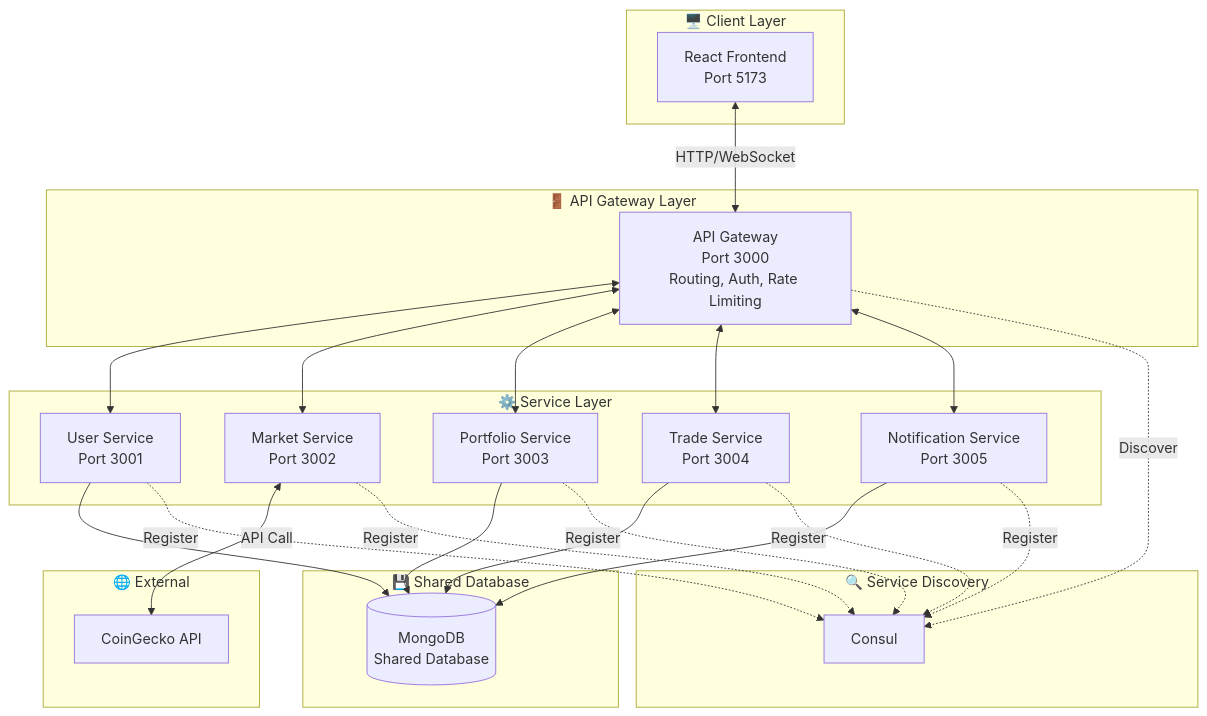
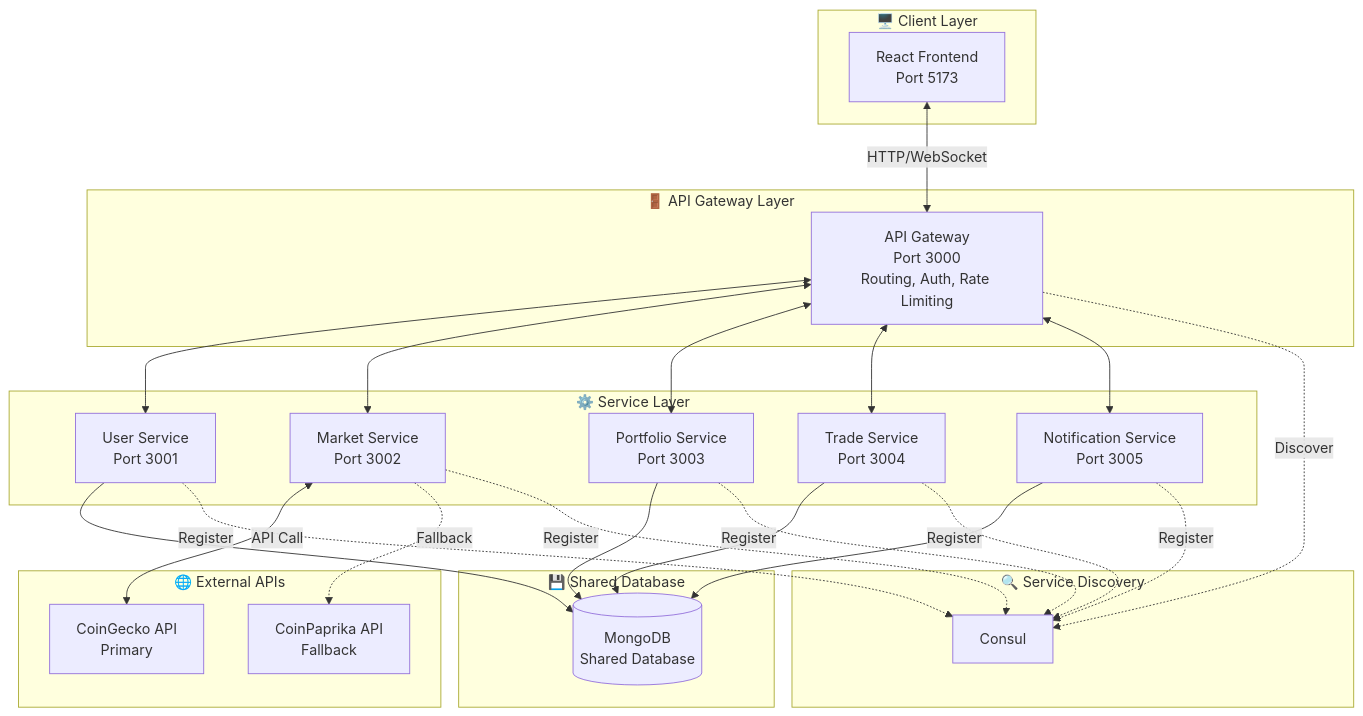
The second of 18 diagrams in BAO_CAO_KIEN_TRUC_HUONG_DICH_VU.md (doanthetin193/CryptoTradingSOA), drawn with Mermaid before and after one commit. The commit also changed other lines of this file and 5 other files, not shown here.

````diff
--- a/BAO_CAO_KIEN_TRUC_HUONG_DICH_VU.md
+++ b/BAO_CAO_KIEN_TRUC_HUONG_DICH_VU.md
@@ -213,51 +213,53 @@
 ```mermaid
 flowchart TB
     subgraph Client["🖥️ Client Layer"]
         FE[React Frontend<br/>Port 5173]
     end
 
     subgraph Gateway["🚪 API Gateway Layer"]
         GW[API Gateway<br/>Port 3000<br/>Routing, Auth, Rate Limiting]
     end
 
     subgraph Services["⚙️ Service Layer"]
         US[User Service<br/>Port 3001]
         MS[Market Service<br/>Port 3002]
         PS[Portfolio Service<br/>Port 3003]
         TS[Trade Service<br/>Port 3004]
         NS[Notification Service<br/>Port 3005]
     end
 
-    subgraph External["🌐 External"]
-        CG[CoinGecko API]
+    subgraph External["🌐 External APIs"]
+        CG[CoinGecko API<br/>Primary]
+        CP[CoinPaprika API<br/>Fallback]
     end
 
     subgraph Data["💾 Shared Database"]
         DB[(MongoDB<br/>Shared Database)]
     end
 
     subgraph Discovery["🔍 Service Discovery"]
         CS[Consul]
     end
 
     FE <-->|HTTP/WebSocket| GW
     GW <--> US
     GW <--> MS
     GW <--> PS
     GW <--> TS
     GW <--> NS
     
     MS <-->|API Call| CG
+    MS -.->|Fallback| CP
     
     US --> DB
     PS --> DB
     TS --> DB
     NS --> DB
 
     US -.->|Register| CS
     MS -.->|Register| CS
     PS -.->|Register| CS
     TS -.->|Register| CS
     NS -.->|Register| CS
     GW -.->|Discover| CS
 ```
````
